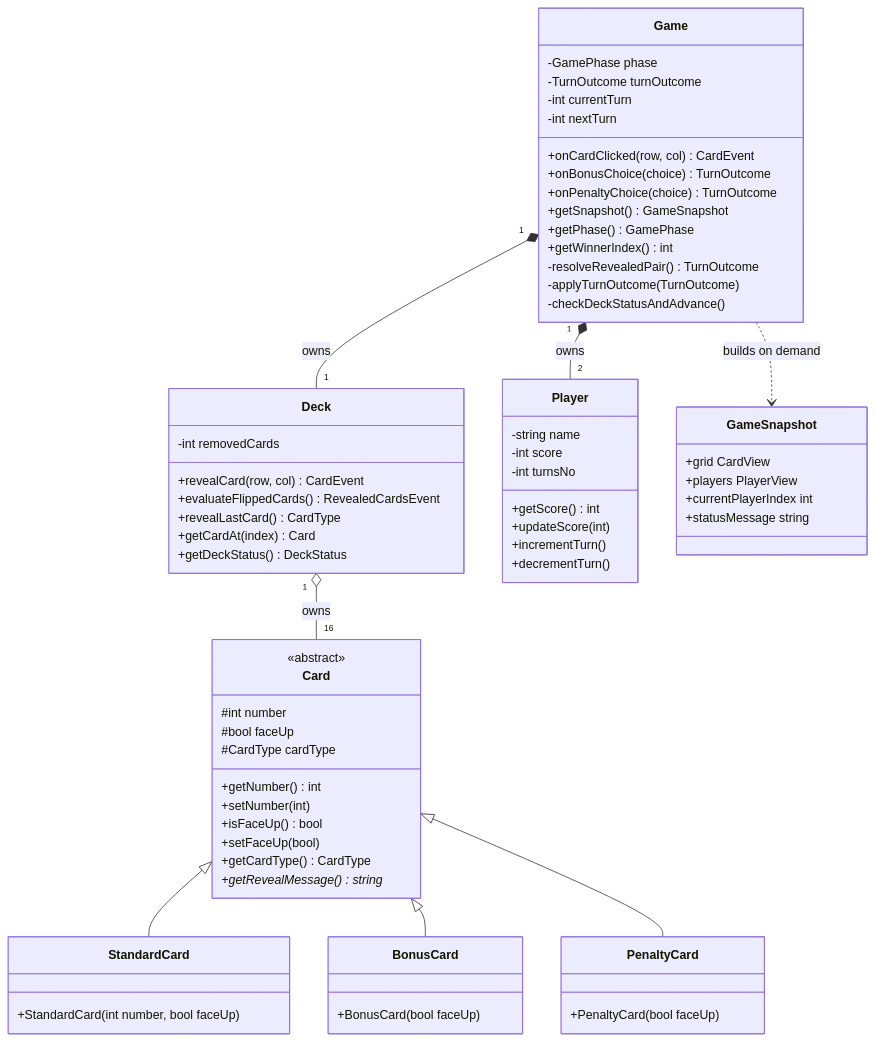
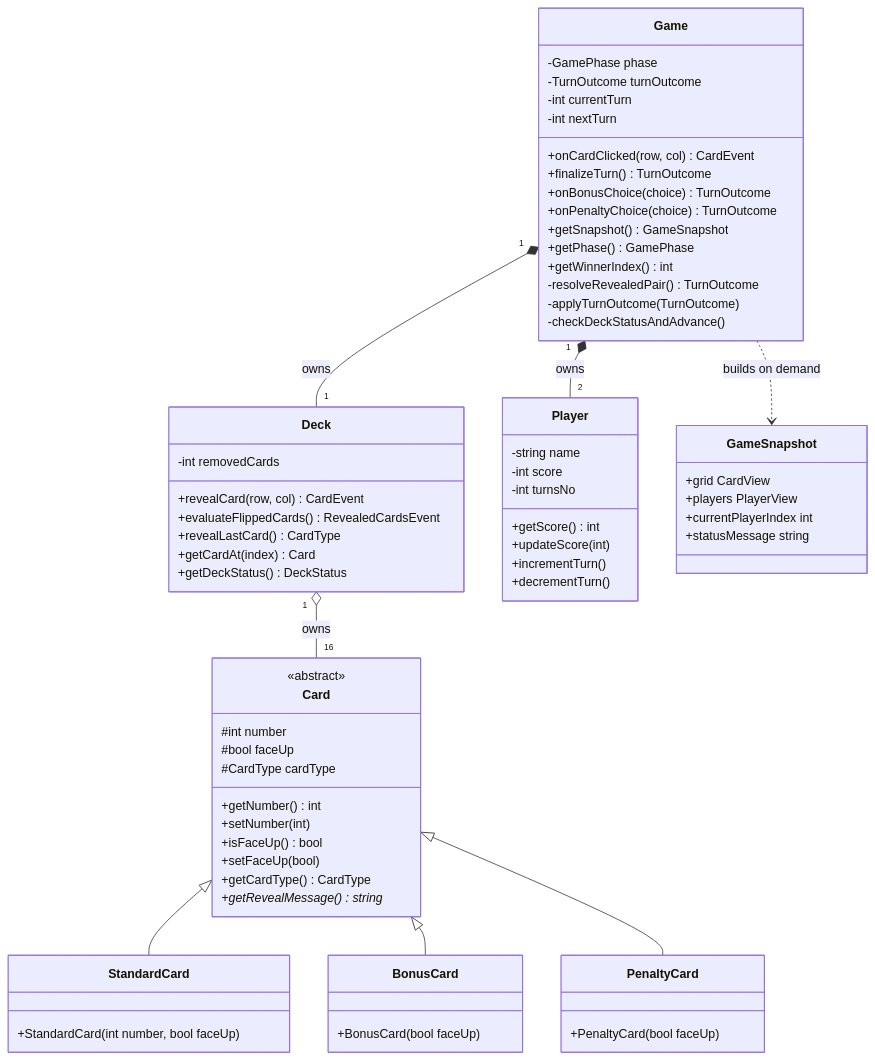
One commit to ahmed-marie/INCS101-Project-V2 changed the first of 8 diagrams in docs/ARCHITECTURE.md. Above: the diagram before and after it, drawn with Mermaid. The commit also changed other lines of this file and 8 other files, not shown here.

````diff
--- a/docs/ARCHITECTURE.md
+++ b/docs/ARCHITECTURE.md
@@ -76,73 +77,74 @@
 ```mermaid
 classDiagram
     class Card {
         <<abstract>>
         #int number
         #bool faceUp
         #CardType cardType
         +getNumber() int
         +setNumber(int)
         +isFaceUp() bool
         +setFaceUp(bool)
         +getCardType() CardType
         +getRevealMessage()* string
     }
     class StandardCard {
         +StandardCard(int number, bool faceUp)
     }
     class BonusCard {
         +BonusCard(bool faceUp)
     }
     class PenaltyCard {
         +PenaltyCard(bool faceUp)
     }
     Card <|-- StandardCard
     Card <|-- BonusCard
     Card <|-- PenaltyCard
 
     class Deck {
         -int removedCards
         +revealCard(row, col) CardEvent
         +evaluateFlippedCards() RevealedCardsEvent
         +revealLastCard() CardType
         +getCardAt(index) Card
         +getDeckStatus() DeckStatus
     }
     Deck "1" o-- "16" Card : owns
 
     class Player {
         -string name
         -int score
         -int turnsNo
         +getScore() int
         +updateScore(int)
         +incrementTurn()
         +decrementTurn()
     }
 
     class Game {
         -GamePhase phase
         -TurnOutcome turnOutcome
         -int currentTurn
         -int nextTurn
         +onCardClicked(row, col) CardEvent
+        +finalizeTurn() TurnOutcome
         +onBonusChoice(choice) TurnOutcome
         +onPenaltyChoice(choice) TurnOutcome
         +getSnapshot() GameSnapshot
         +getPhase() GamePhase
         +getWinnerIndex() int
         -resolveRevealedPair() TurnOutcome
         -applyTurnOutcome(TurnOutcome)
         -checkDeckStatusAndAdvance()
     }
     Game "1" *-- "2" Player : owns
     Game "1" *-- "1" Deck : owns
     Game ..> GameSnapshot : builds on demand
 
     class GameSnapshot {
         +grid CardView
         +players PlayerView
         +currentPlayerIndex int
         +statusMessage string
     }
 ```
````
